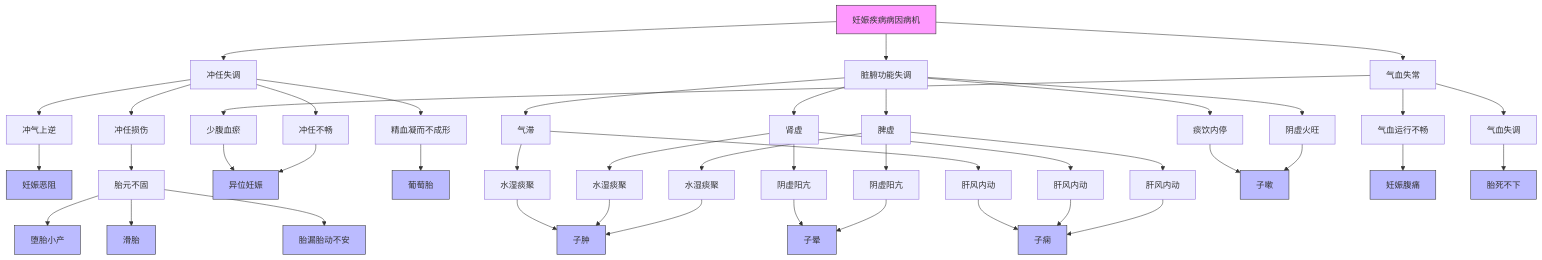
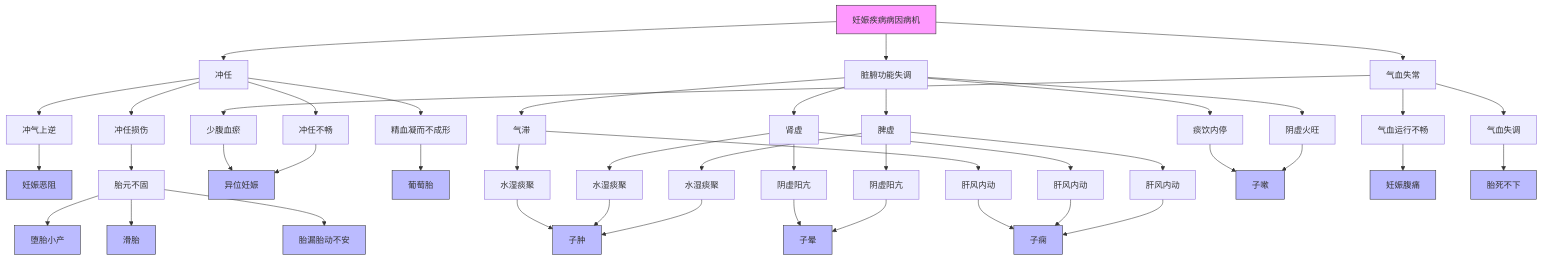
One commit to lili23755/iodraw-files changed the diagram in all/未命名.md. Above: the diagram before and after it, drawn with Mermaid.

Commit message:
2025-04-04 10:55:57 update

````diff
--- a/all/未命名.md
+++ b/all/未命名.md
@@ -1,41 +1,41 @@
 ```mermaid
 flowchart TD
-    A[妊娠疾病病因病机] --> B[冲任失调]
+    A[妊娠疾病病因病机] --> B[冲任]
     A --> C[脏腑功能失调]
     A --> D[气血失常]
     
     B --> B1[冲气上逆] --> 妊娠恶阻
     B --> B2[冲任损伤] --> B2a[胎元不固] --> 堕胎小产 & 滑胎 & 胎漏胎动不安
     B --> B3[冲任不畅] --> 异位妊娠
     B --> B4[精血凝而不成形] --> 葡萄胎
     
     C --> C1[脾虚] --> C1a[水湿痰聚] --> 子肿
     C1 --> C1b[肝风内动] --> 子痫
     C1 --> C1c[阴虚阳亢] --> 子晕
     C --> C2[肾虚] --> C2a[水湿痰聚] --> 子肿
     C2 --> C2b[肝风内动] --> 子痫
     C2 --> C2c[阴虚阳亢] --> 子晕
     C --> C3[气滞] --> C3a[水湿痰聚] --> 子肿
     C3 --> C3b[肝风内动] --> 子痫
     C --> C4[阴虚火旺] --> 子嗽
     C --> C5[痰饮内停] --> 子嗽
     
     D --> D1[气血运行不畅] --> 妊娠腹痛
     D --> D2[气血失调] --> 胎死不下
     D --> D3[少腹血瘀] --> 异位妊娠
 
     style A fill:#f9f,stroke:#333
     style 妊娠恶阻 fill:#bbf,stroke:#333
     style 堕胎小产 fill:#bbf,stroke:#333
     style 滑胎 fill:#bbf,stroke:#333
     style 异位妊娠 fill:#bbf,stroke:#333
     style 子肿 fill:#bbf,stroke:#333
     style 子痫 fill:#bbf,stroke:#333
     style 胎漏胎动不安 fill:#bbf,stroke:#333
     style 胎死不下 fill:#bbf,stroke:#333
     style 妊娠腹痛 fill:#bbf,stroke:#333
     style 葡萄胎 fill:#bbf,stroke:#333
     style 子晕 fill:#bbf,stroke:#333
     style 子嗽 fill:#bbf,stroke:#333
 	  
 ```
````
